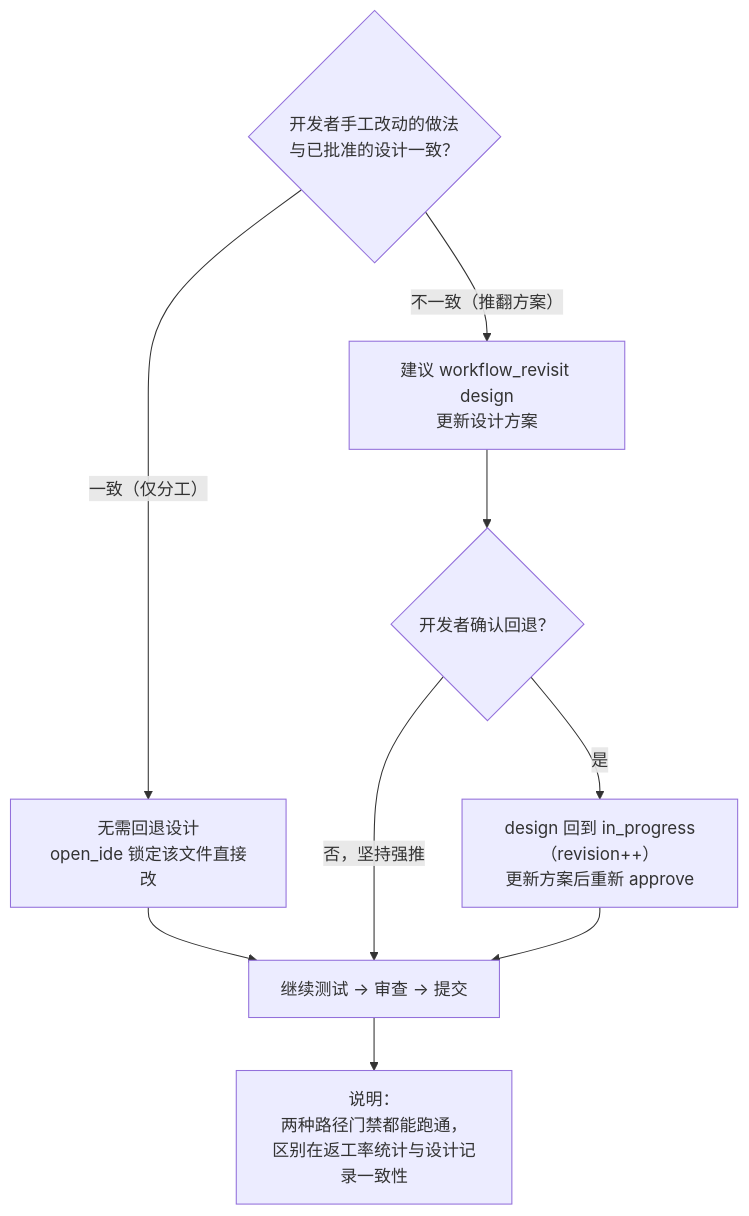
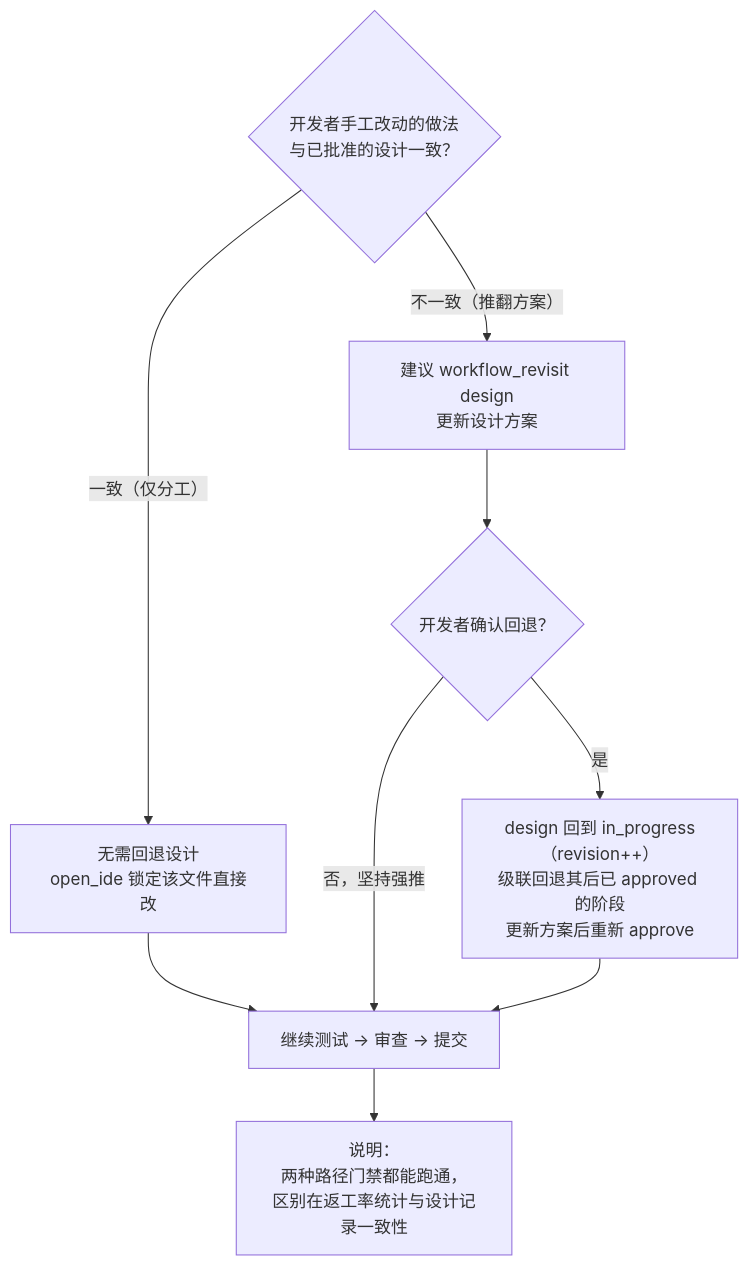
Before and after one commit to wonglaitung/opencode: the fourth of 4 diagrams in opencode-session-mgmt/docs/mixed-development-workflow.md, drawn with Mermaid. The commit also changed other lines of this file and 6 other files, not shown here.

````diff
--- a/opencode-session-mgmt/docs/mixed-development-workflow.md
+++ b/opencode-session-mgmt/docs/mixed-development-workflow.md
@@ -69,11 +69,11 @@
 ```mermaid
 graph TB
     A{"开发者手工改动的做法<br/>与已批准的设计一致？"} -->|"一致（仅分工）"| B["无需回退设计<br/>open_ide 锁定该文件直接改"]
     B --> F["继续测试 → 审查 → 提交"]
     A -->|"不一致（推翻方案）"| C["建议 workflow_revisit design<br/>更新设计方案"]
     C --> D{"开发者确认回退？"}
-    D -->|"是"| E["design 回到 in_progress（revision++）<br/>更新方案后重新 approve"]
+    D -->|"是"| E["design 回到 in_progress（revision++）<br/>级联回退其后已 approved 的阶段<br/>更新方案后重新 approve"]
     D -->|"否，坚持强推"| F
     E --> F
     F --> G["说明：<br/>两种路径门禁都能跑通，<br/>区别在返工率统计与设计记录一致性"]
 ```
````
